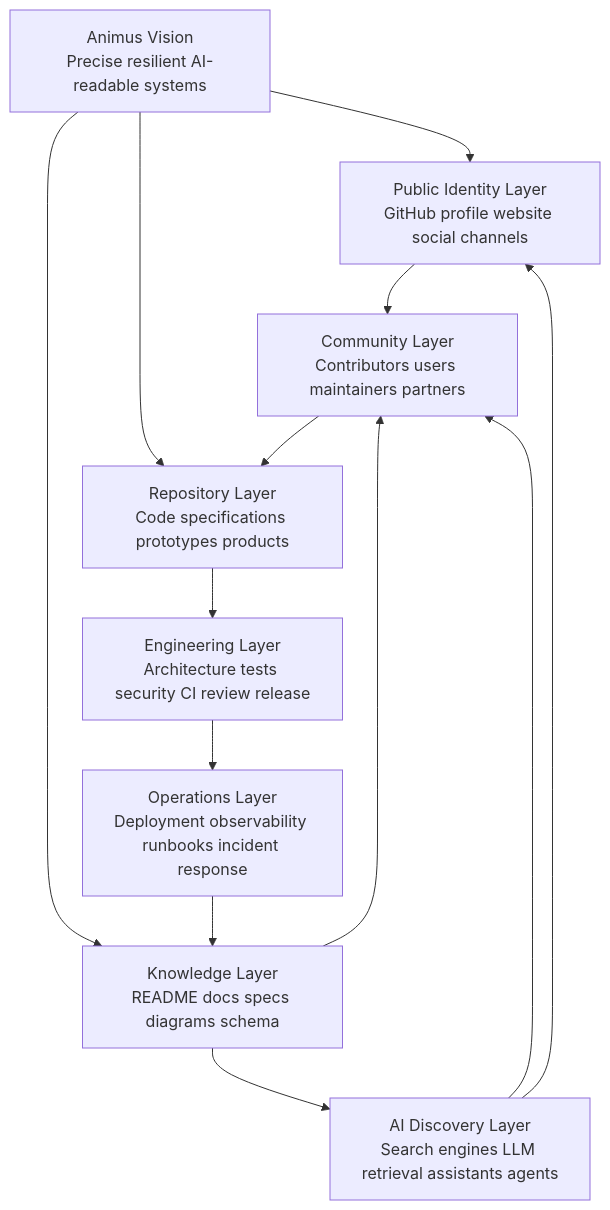
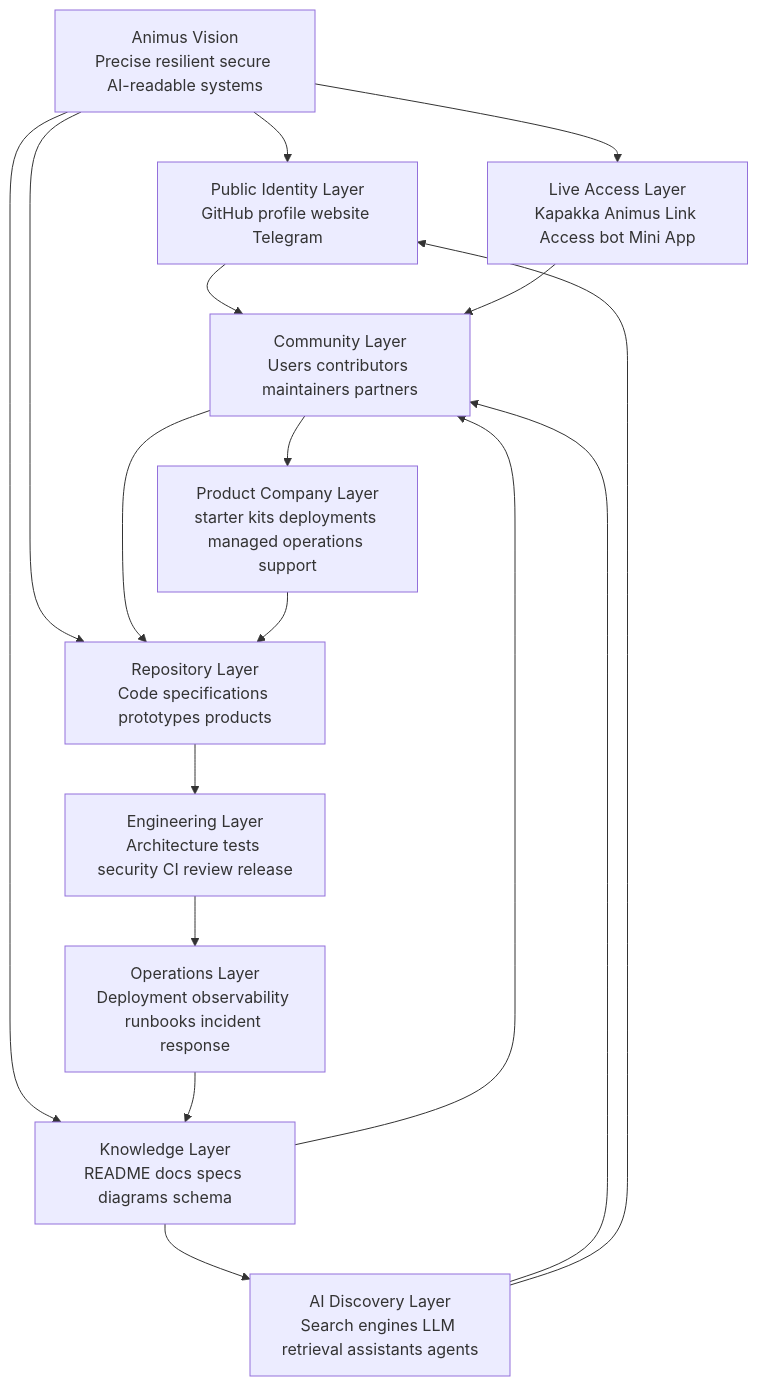
The first of 2 diagrams in profile/README.md (AnimusHQ/.github), drawn with Mermaid before and after one commit. The commit also changed other lines of this file, not shown here.

````diff
--- a/profile/README.md
+++ b/profile/README.md
@@ -133,26 +201,32 @@
 ```mermaid
 flowchart TB
-  Vision[Animus Vision<br/>Precise resilient AI-readable systems]
+  Vision[Animus Vision<br/>Precise resilient secure AI-readable systems]
 
-  Identity[Public Identity Layer<br/>GitHub profile website social channels]
+  Identity[Public Identity Layer<br/>GitHub profile website Telegram]
+  Access[Live Access Layer<br/>Kapakka Animus Link Access bot Mini App]
   Knowledge[Knowledge Layer<br/>README docs specs diagrams schema]
   Repos[Repository Layer<br/>Code specifications prototypes products]
   Engineering[Engineering Layer<br/>Architecture tests security CI review release]
   Operations[Operations Layer<br/>Deployment observability runbooks incident response]
-  Community[Community Layer<br/>Contributors users maintainers partners]
+  Community[Community Layer<br/>Users contributors maintainers partners]
+  Business[Product Company Layer<br/>starter kits deployments managed operations support]
   AI[AI Discovery Layer<br/>Search engines LLM retrieval assistants agents]
 
   Vision --> Identity
+  Vision --> Access
   Vision --> Knowledge
   Vision --> Repos
 
   Identity --> Community
+  Access --> Community
   Knowledge --> Community
   Knowledge --> AI
   Repos --> Engineering
   Engineering --> Operations
   Operations --> Knowledge
   Community --> Repos
+  Community --> Business
+  Business --> Repos
   AI --> Community
   AI --> Identity
 ```
````
